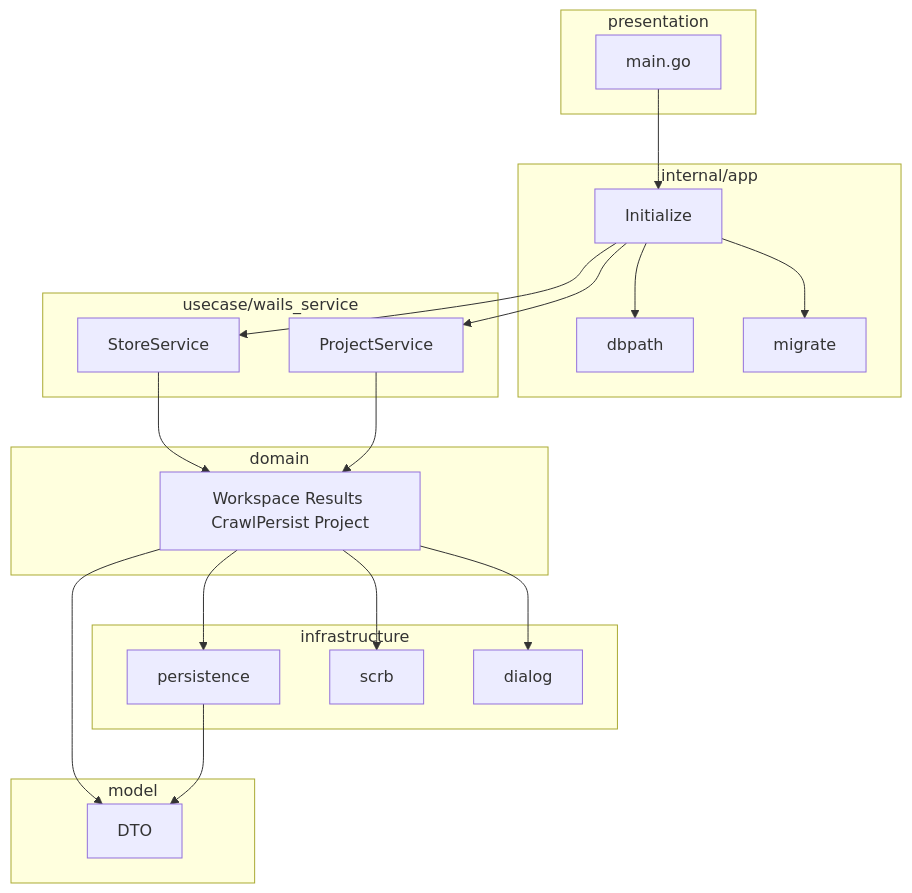
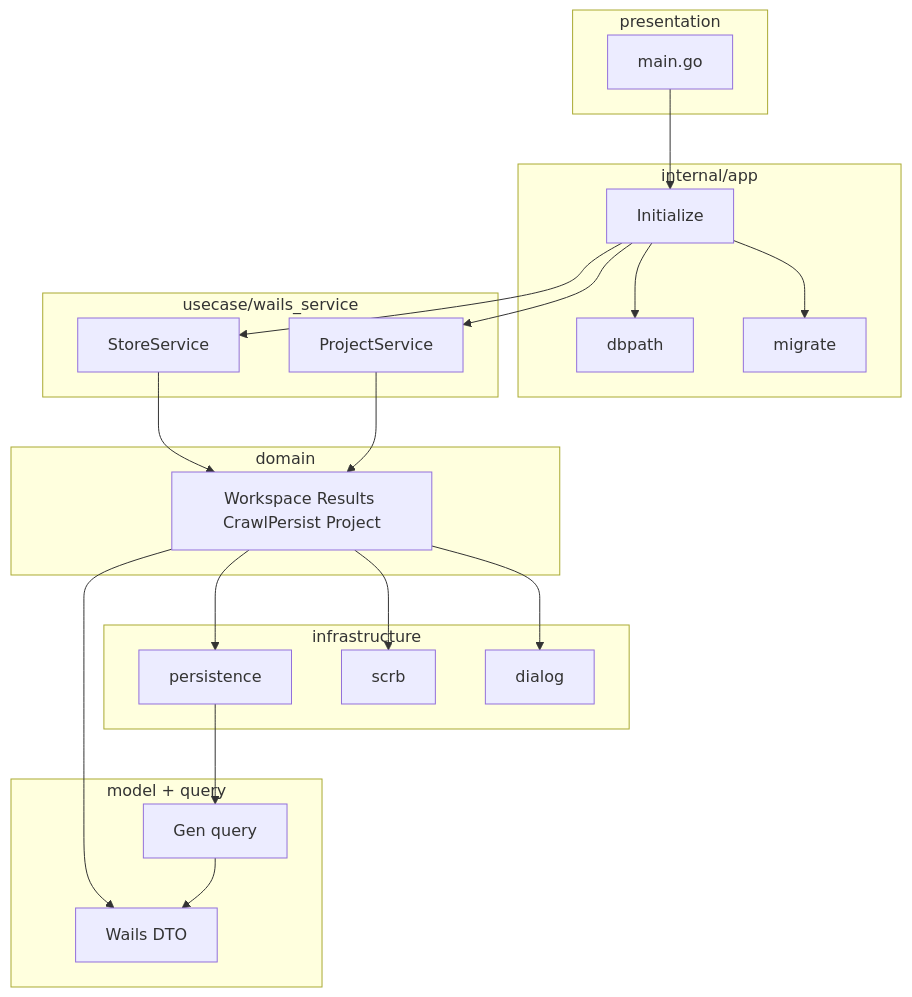
One commit to tomyou666/Meguri changed the diagram in .cursor/plans/phase_2_永続化_25a525c7.plan.md. Above: the diagram before and after it, drawn with Mermaid. The commit also changed other lines of this file, not shown here.

````diff
--- a/.cursor/plans/phase_2_永続化_25a525c7.plan.md
+++ b/.cursor/plans/phase_2_永続化_25a525c7.plan.md
@@ -119,38 +258,40 @@
 ```mermaid
 flowchart TB
   subgraph presentation [presentation]
     Main[main.go]
   end
   subgraph app_layer [internal/app]
     WireRoot[Initialize]
     DbPath[dbpath]
     Migrate[migrate]
   end
   subgraph wails_layer [usecase/wails_service]
     StoreSvc[StoreService]
     ProjSvc[ProjectService]
   end
   subgraph domain_layer [domain]
     Dom[Workspace Results CrawlPersist Project]
   end
-  subgraph model_layer [model]
-    M[DTO]
+  subgraph model_layer [model + query]
+    M[Wails DTO]
+    Q[Gen query]
   end
   subgraph infra [infrastructure]
     Repo[persistence]
     Scrb[scrb]
     Dialog[dialog]
   end
   Main --> WireRoot
   WireRoot --> DbPath
   WireRoot --> Migrate
   WireRoot --> StoreSvc
   WireRoot --> ProjSvc
   StoreSvc --> Dom
   ProjSvc --> Dom
   Dom --> M
+  Repo --> Q
   Dom --> Repo
   Dom --> Scrb
   Dom --> Dialog
-  Repo --> M
+  Q --> M
 ```
````
